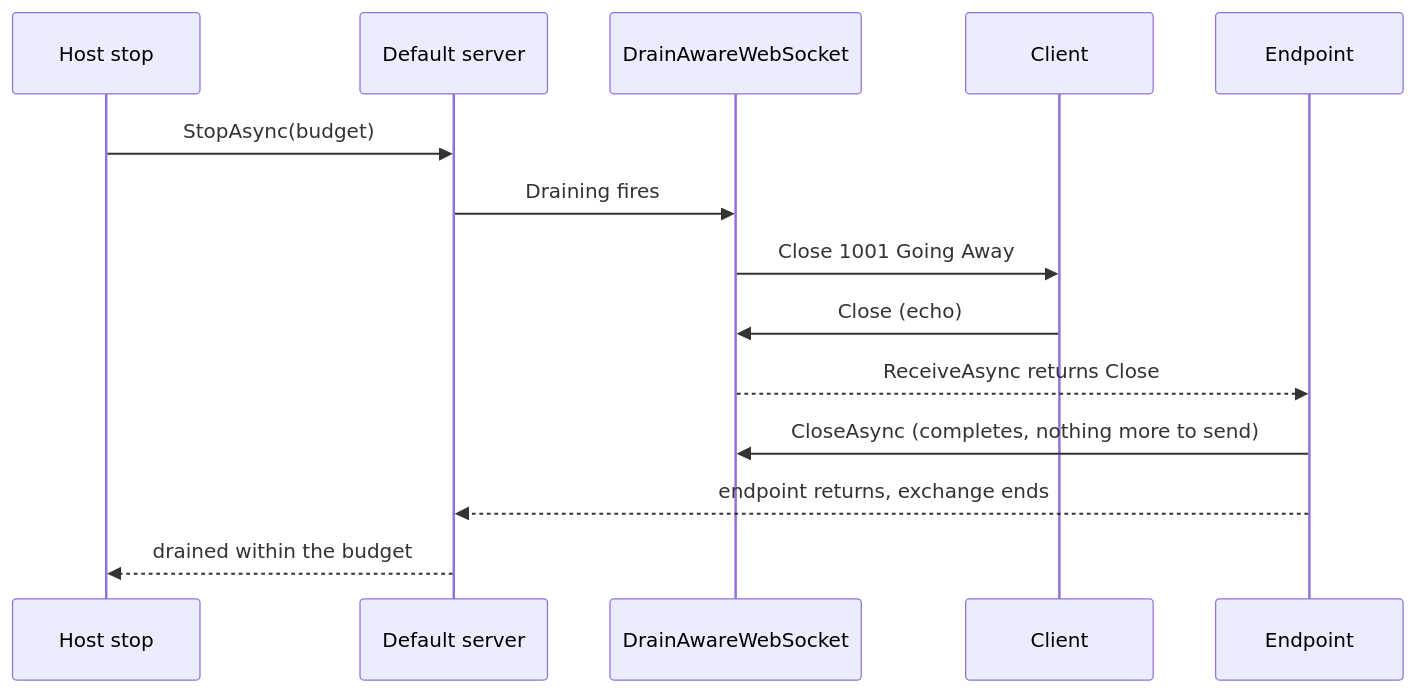
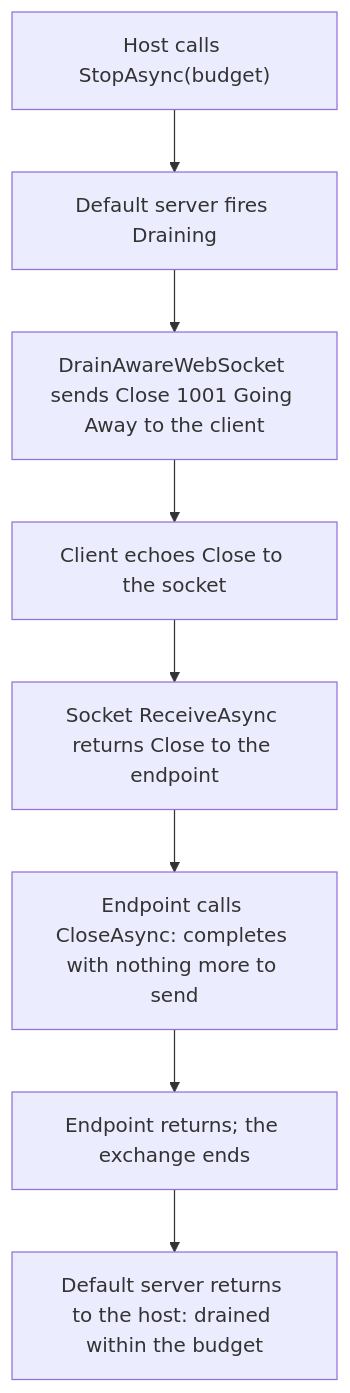
Before and after one commit to assimalign/cohesion-docs: the second of 3 diagrams in docs/dotnet-apis/resources/web/assimalign-cohesion-web-websockets/design.md, drawn with Mermaid. The commit also changed other lines of this file and 149 other files, not shown here.

````diff
--- a/docs/dotnet-apis/resources/web/assimalign-cohesion-web-websockets/design.md
+++ b/docs/dotnet-apis/resources/web/assimalign-cohesion-web-websockets/design.md
@@ -120,16 +120,10 @@
 ```mermaid
-sequenceDiagram
-    participant Host as Host stop
-    participant Server as Default server
-    participant Socket as DrainAwareWebSocket
-    participant Client
-    participant App as Endpoint
-    Host->>Server: StopAsync(budget)
-    Server->>Socket: Draining fires
-    Socket->>Client: Close 1001 Going Away
-    Client->>Socket: Close (echo)
-    Socket-->>App: ReceiveAsync returns Close
-    App->>Socket: CloseAsync (completes, nothing more to send)
-    App-->>Server: endpoint returns, exchange ends
-    Server-->>Host: drained within the budget
+flowchart TD
+    Stop["Host calls StopAsync(budget)"] --> Drain["Default server fires Draining"]
+    Drain --> Close["DrainAwareWebSocket sends Close 1001 Going Away to the client"]
+    Close --> Echo["Client echoes Close to the socket"]
+    Echo --> Receive["Socket ReceiveAsync returns Close to the endpoint"]
+    Receive --> Complete["Endpoint calls CloseAsync: completes with nothing more to send"]
+    Complete --> End["Endpoint returns; the exchange ends"]
+    End --> Drained["Default server returns to the host: drained within the budget"]
 ```
````
